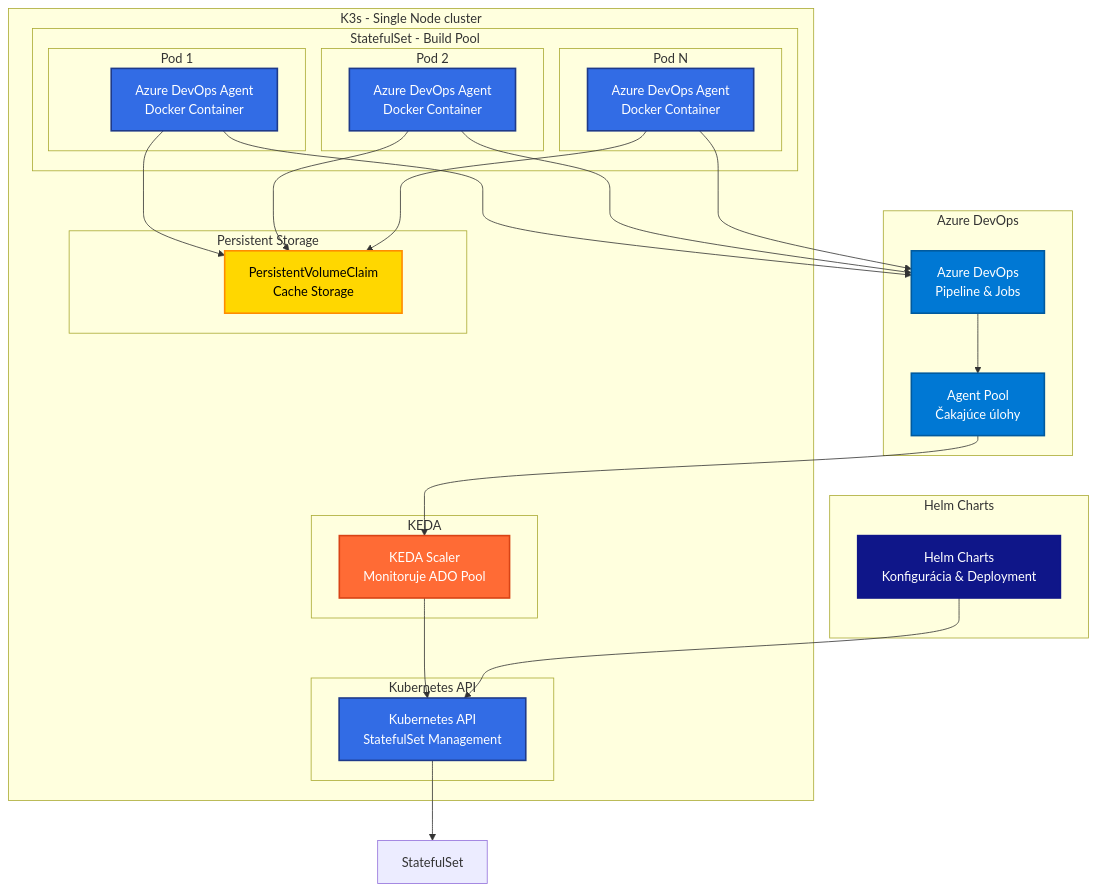
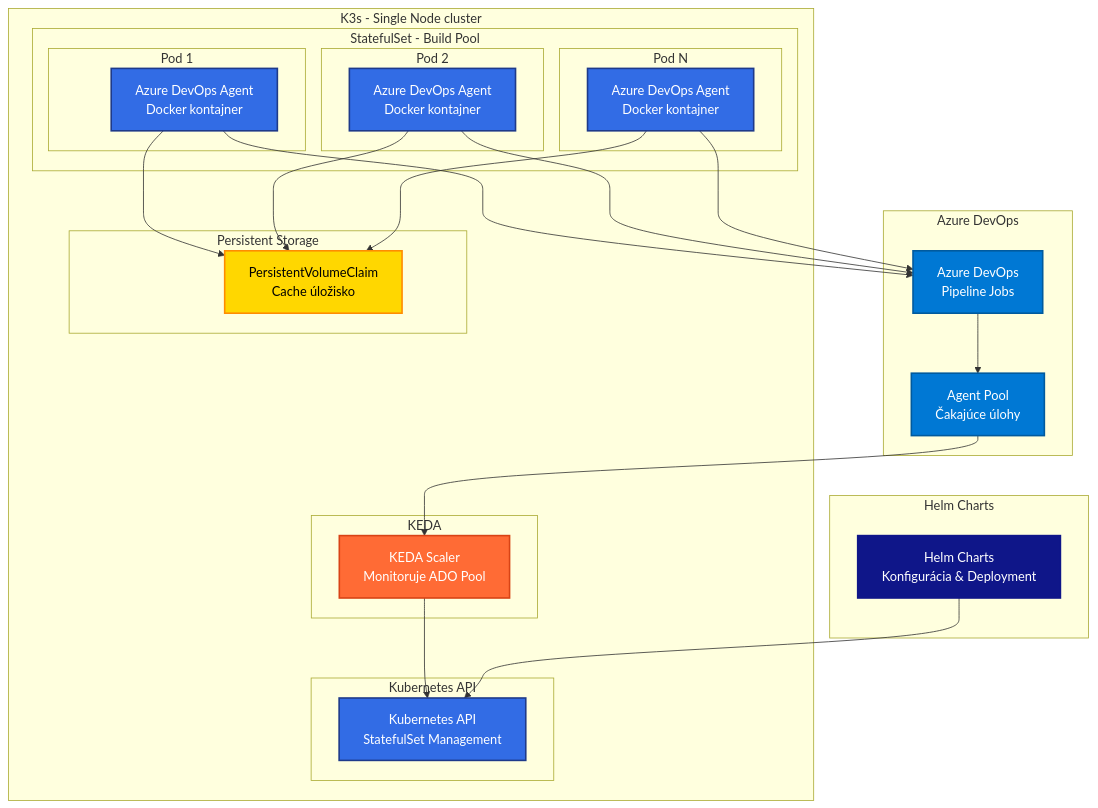
One commit to motycak/kros-sk.github.io changed the first of 2 diagrams in linuxmachine/user-documentation.md. Above: the diagram before and after it, drawn with Mermaid.

````diff
--- a/linuxmachine/user-documentation.md
+++ b/linuxmachine/user-documentation.md
@@ -39,65 +39,64 @@
 ```mermaid
 graph TB
     subgraph "Azure DevOps"
-        ADO[Azure DevOps<br/>Pipeline & Jobs]
+        ADO[Azure DevOps<br/>Pipeline Jobs]
         ADO_POOL[Agent Pool<br/>Čakajúce úlohy]
     end
     
     subgraph "K3s - Single Node cluster"
         subgraph "KEDA"
             KEDA_SCALER[KEDA Scaler<br/>Monitoruje ADO Pool]
         end
         
         subgraph "StatefulSet - Build Pool"
             subgraph "Pod 1"
-                AGENT1[Azure DevOps Agent<br/>Docker Container]
+                AGENT1[Azure DevOps Agent<br/>Docker kontajner]
             end
             subgraph "Pod 2"
-                AGENT2[Azure DevOps Agent<br/>Docker Container]
+                AGENT2[Azure DevOps Agent<br/>Docker kontajner]
             end
             subgraph "Pod N"
-                AGENTN[Azure DevOps Agent<br/>Docker Container]
+                AGENTN[Azure DevOps Agent<br/>Docker kontajner]
             end
         end
         
         subgraph "Persistent Storage"
-            PVC[PersistentVolumeClaim<br/>Cache Storage]
+            PVC[PersistentVolumeClaim<br/>Cache úložisko]
         end
         
         subgraph "Kubernetes API"
             K8S_API[Kubernetes API<br/>StatefulSet Management]
         end
     end
     
     subgraph "Helm Charts"
         HELM[Helm Charts<br/>Konfigurácia & Deployment]
     end
     
     %% Connections
     ADO --> ADO_POOL
     ADO_POOL --> KEDA_SCALER
     KEDA_SCALER --> K8S_API
-    K8S_API --> StatefulSet
     HELM --> K8S_API
     
     AGENT1 --> PVC
     AGENT2 --> PVC
     AGENTN --> PVC
     
     AGENT1 --> ADO
     AGENT2 --> ADO
     AGENTN --> ADO
     
     %% Styling
     classDef azure fill:#0078d4,stroke:#005a9e,stroke-width:2px,color:#fff
     classDef keda fill:#ff6b35,stroke:#d84315,stroke-width:2px,color:#fff
     classDef k8s fill:#326ce5,stroke:#1e3a8a,stroke-width:2px,color:#fff
     classDef helm fill:#0f1689,stroke:#0f1689,stroke-width:2px,color:#fff
     classDef storage fill:#ffd700,stroke:#ff8c00,stroke-width:2px,color:#000
     
     class ADO,ADO_POOL azure
     class KEDA_SCALER keda
     class AGENT1,AGENT2,AGENTN,K8S_API k8s
     class HELM helm
     class PVC storage
 ```
````
